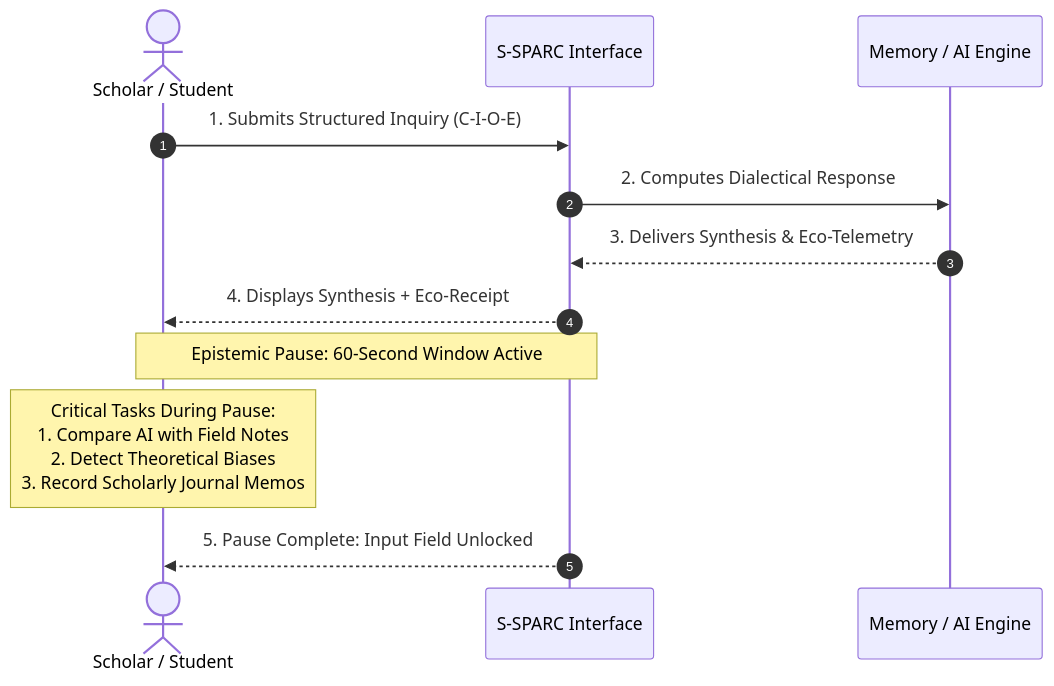
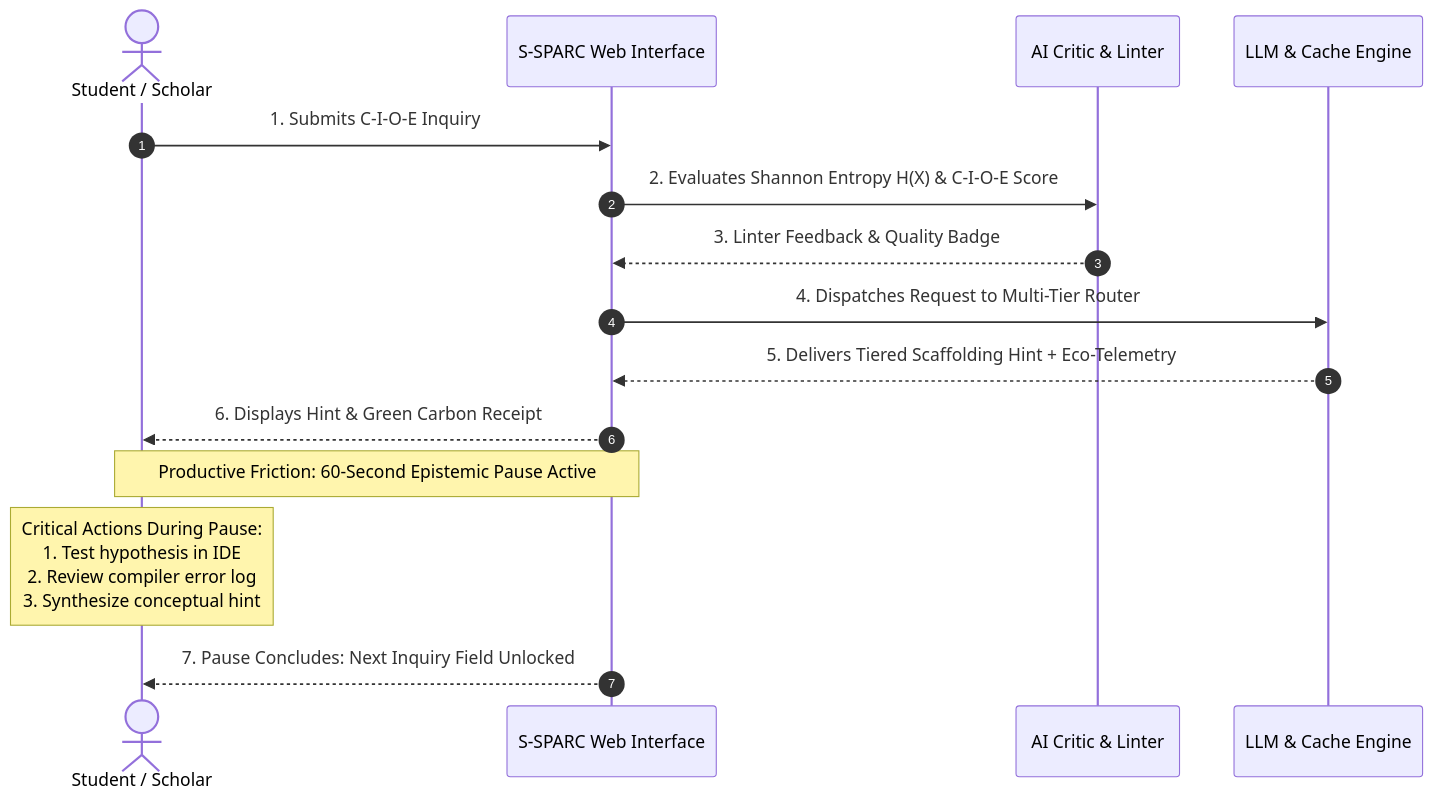
One commit to 06202003/s-sparc changed the second of 6 diagrams in docs/S_SPARC_COMPREHENSIVE_WHITEPAPER.md. Above: the diagram before and after it, drawn with Mermaid. The commit also changed other lines of this file and 4 other files, not shown here.

Commit message:
docs: comprehensive academic whitepaper update with Prompt Wrapped, Shannon Entropy, and AI Critic telemetry

````diff
--- a/docs/S_SPARC_COMPREHENSIVE_WHITEPAPER.md
+++ b/docs/S_SPARC_COMPREHENSIVE_WHITEPAPER.md
@@ -156,18 +187,21 @@
 ```mermaid
 sequenceDiagram
     autonumber
-    actor Scholar as Scholar / Student
-    participant System as S-SPARC Interface
-    participant Engine as Memory / AI Engine
+    actor Student as Student / Scholar
+    participant UI as S-SPARC Web Interface
+    participant Critic as AI Critic & Linter
+    participant Engine as LLM & Cache Engine
 
-    Scholar->>System: 1. Submits Structured Inquiry (C-I-O-E)
-    System->>Engine: 2. Computes Dialectical Response
-    Engine-->>System: 3. Delivers Synthesis & Eco-Telemetry
-    System-->>Scholar: 4. Displays Synthesis + Eco-Receipt
+    Student->>UI: 1. Submits C-I-O-E Inquiry
+    UI->>Critic: 2. Evaluates Shannon Entropy H(X) & C-I-O-E Score
+    Critic-->>UI: 3. Linter Feedback & Quality Badge
+    UI->>Engine: 4. Dispatches Request to Multi-Tier Router
+    Engine-->>UI: 5. Delivers Tiered Scaffolding Hint + Eco-Telemetry
+    UI-->>Student: 6. Displays Hint & Green Carbon Receipt
     
-    Note over Scholar,System: Epistemic Pause: 60-Second Window Active
+    Note over Student,UI: Productive Friction: 60-Second Epistemic Pause Active
     
-    Note over Scholar: Critical Tasks During Pause:<br/>1. Compare AI with Field Notes<br/>2. Detect Theoretical Biases<br/>3. Record Scholarly Journal Memos
+    Note over Student: Critical Actions During Pause:<br/>1. Test hypothesis in IDE<br/>2. Review compiler error log<br/>3. Synthesize conceptual hint
 
-    System-->>Scholar: 5. Pause Complete: Input Field Unlocked
+    UI-->>Student: 7. Pause Concludes: Next Inquiry Field Unlocked
 ```
````
